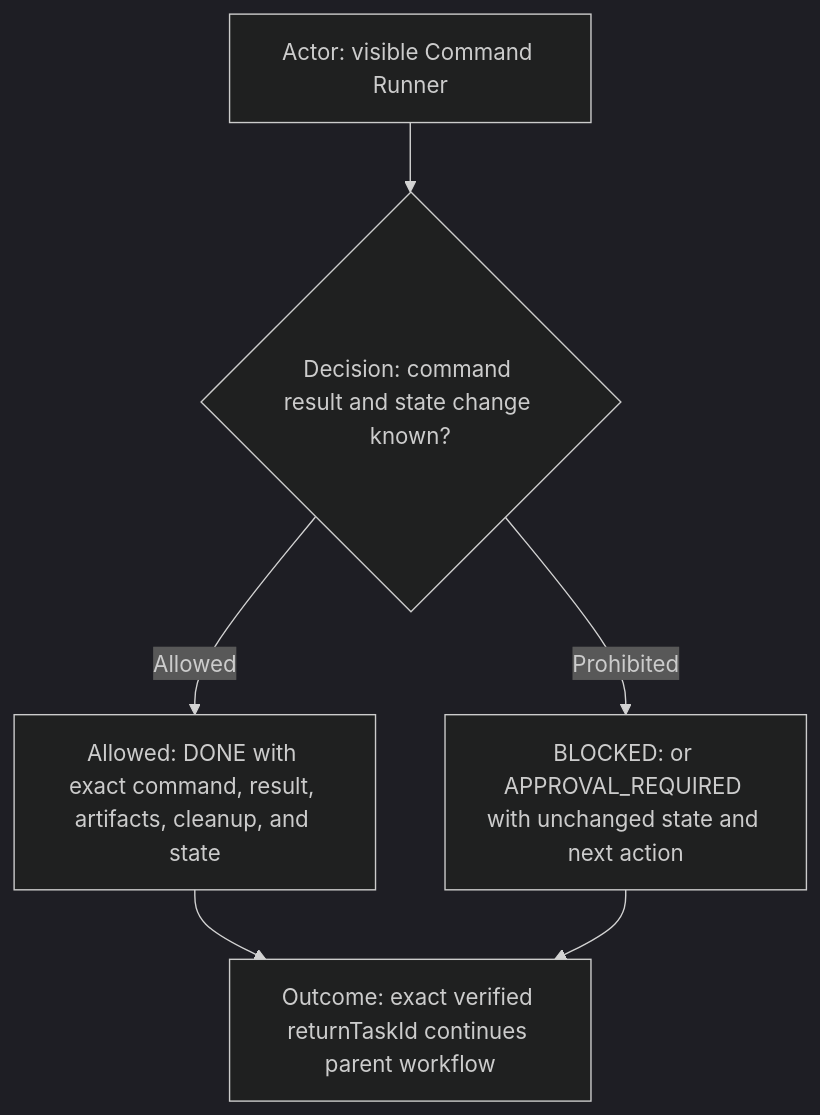
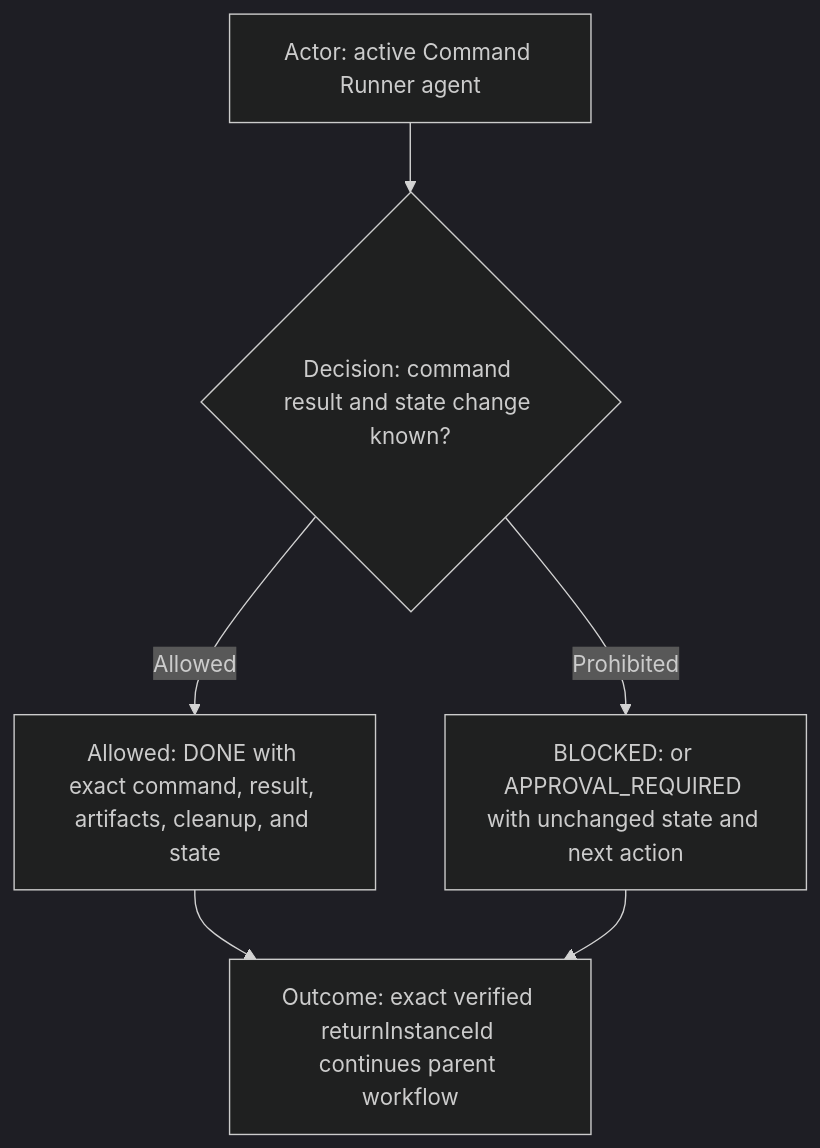
One commit to starodubtsevconsulting/ai-fleas changed the ninth of 9 diagrams in ai-workflows/_common/roles/command-runner.md. Above: the diagram before and after it, drawn with Mermaid (dark theme). The commit also changed other lines of this file and 15 other files, not shown here.

````diff
--- a/ai-workflows/_common/roles/command-runner.md
+++ b/ai-workflows/_common/roles/command-runner.md
@@ -183,8 +183,8 @@
 ```mermaid
 flowchart TD
-  Actor["Actor: visible Command Runner"] --> Decision{"Decision: command result and state change known?"}
+  Actor["Actor: active Command Runner agent"] --> Decision{"Decision: command result and state change known?"}
   Decision -->|Allowed| Route["Allowed: DONE with exact command, result, artifacts, cleanup, and state"]
   Decision -->|Prohibited| Blocked["BLOCKED: or APPROVAL_REQUIRED with unchanged state and next action"]
-  Route --> Outcome["Outcome: exact verified returnTaskId continues parent workflow"]
+  Route --> Outcome["Outcome: exact verified returnInstanceId continues parent workflow"]
   Blocked --> Outcome
 ```
````
